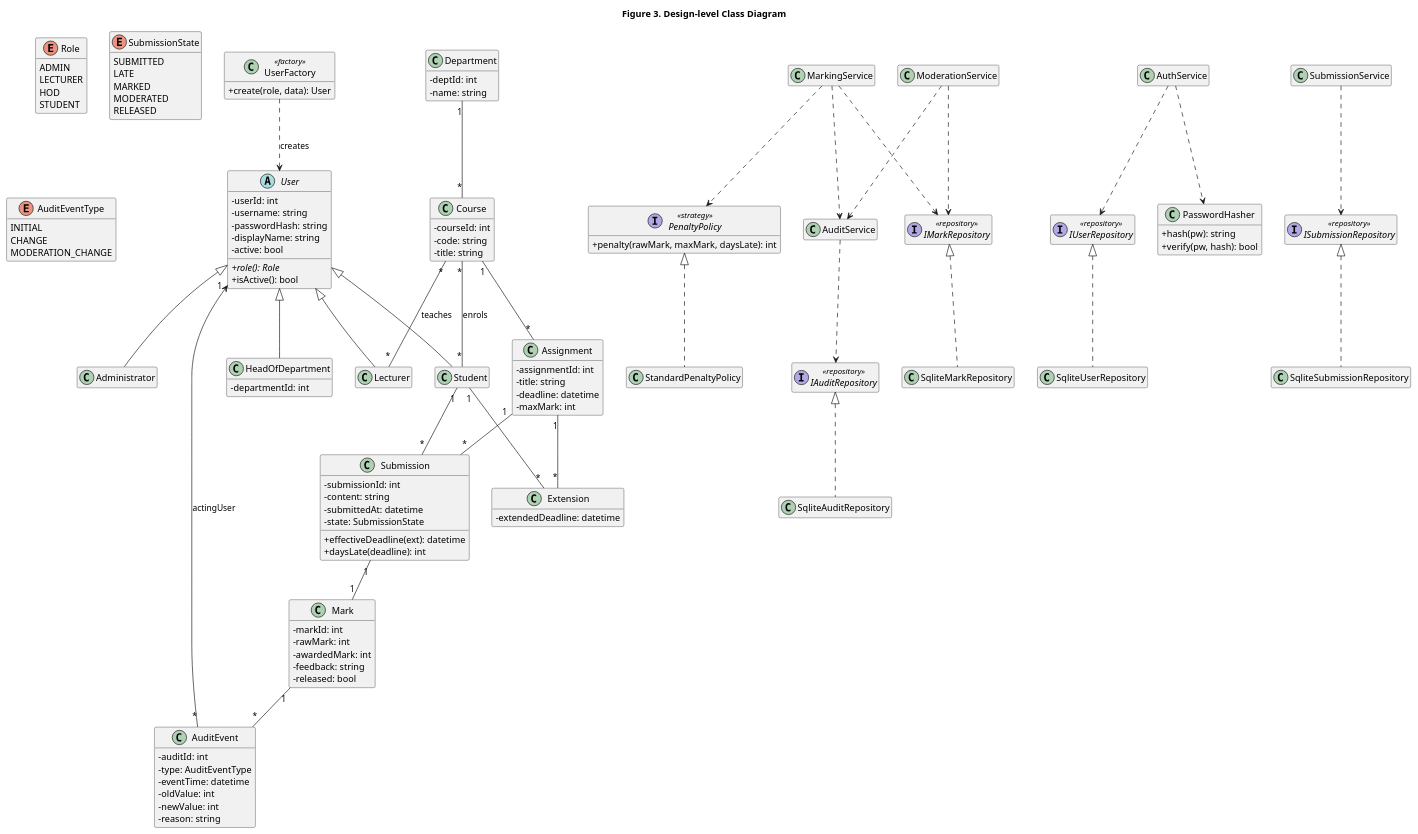
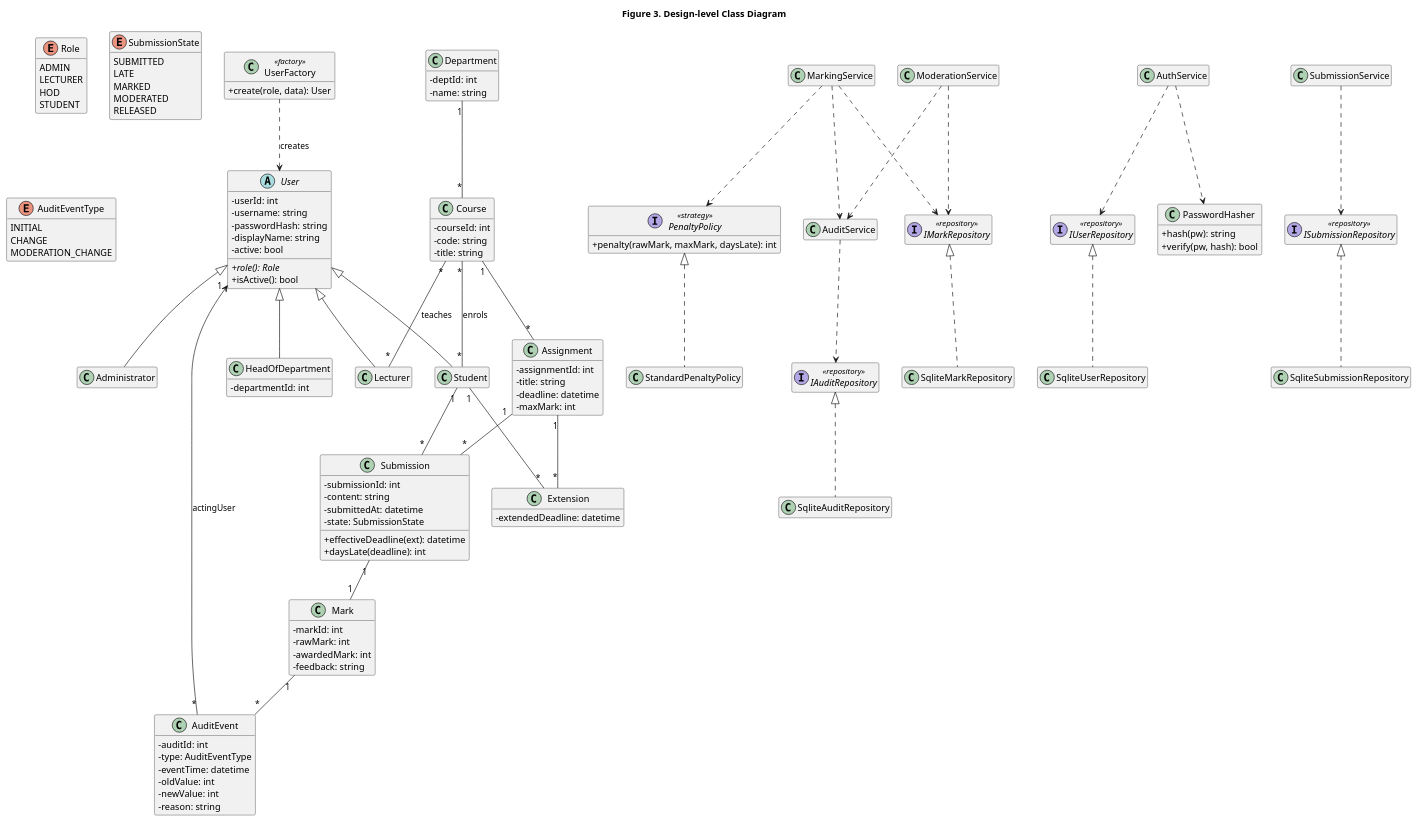
One commit to mwelipama/cs4433-moderated-lms changed the diagram in assets/diagrams/class_diagram.puml. Above: the diagram before and after it, drawn with PlantUML. The commit also changed 20 other files, not shown here.

Commit message:
Gate 2 corrections: single release state, first-late-only rule, DB audit-reason enforcement, partial release plus atomic transactions, SQLite schema validation

```diff
--- a/assets/diagrams/class_diagram.puml
+++ b/assets/diagrams/class_diagram.puml
@@ -1,143 +1,142 @@
 @startuml
 title Figure 3. Design-level Class Diagram
 skinparam classAttributeIconSize 0
 skinparam shadowing false
 hide empty members
 
 enum Role {
   ADMIN
   LECTURER
   HOD
   STUDENT
 }
 enum SubmissionState {
   SUBMITTED
   LATE
   MARKED
   MODERATED
   RELEASED
 }
 enum AuditEventType {
   INITIAL
   CHANGE
   MODERATION_CHANGE
 }
 
 abstract class User {
   -userId: int
   -username: string
   -passwordHash: string
   -displayName: string
   -active: bool
   +{abstract} role(): Role
   +isActive(): bool
 }
 class Administrator
 class Lecturer
 class HeadOfDepartment {
   -departmentId: int
 }
 class Student
 User <|-- Administrator
 User <|-- Lecturer
 User <|-- HeadOfDepartment
 User <|-- Student
 
 class Department {
   -deptId: int
   -name: string
 }
 class Course {
   -courseId: int
   -code: string
   -title: string
 }
 class Assignment {
   -assignmentId: int
   -title: string
   -deadline: datetime
   -maxMark: int
 }
 class Extension {
   -extendedDeadline: datetime
 }
 class Submission {
   -submissionId: int
   -content: string
   -submittedAt: datetime
   -state: SubmissionState
   +effectiveDeadline(ext): datetime
   +daysLate(deadline): int
 }
 class Mark {
   -markId: int
   -rawMark: int
   -awardedMark: int
   -feedback: string
-  -released: bool
 }
 class AuditEvent {
   -auditId: int
   -type: AuditEventType
   -eventTime: datetime
   -oldValue: int
   -newValue: int
   -reason: string
 }
 
 Department "1" -- "*" Course
 Course "1" -- "*" Assignment
 Course "*" -- "*" Lecturer : teaches
 Course "*" -- "*" Student : enrols
 Assignment "1" -- "*" Submission
 Student "1" -- "*" Submission
 Assignment "1" -- "*" Extension
 Student "1" -- "*" Extension
 Submission "1" -- "1" Mark
 Mark "1" -- "*" AuditEvent
 AuditEvent "*" --> "1" User : actingUser
 
 interface PenaltyPolicy <<strategy>> {
   +penalty(rawMark, maxMark, daysLate): int
 }
 class StandardPenaltyPolicy
 PenaltyPolicy <|.. StandardPenaltyPolicy
 
 interface IUserRepository <<repository>>
 interface ISubmissionRepository <<repository>>
 interface IMarkRepository <<repository>>
 interface IAuditRepository <<repository>>
 class SqliteUserRepository
 class SqliteSubmissionRepository
 class SqliteMarkRepository
 class SqliteAuditRepository
 IUserRepository <|.. SqliteUserRepository
 ISubmissionRepository <|.. SqliteSubmissionRepository
 IMarkRepository <|.. SqliteMarkRepository
 IAuditRepository <|.. SqliteAuditRepository
 
 class UserFactory <<factory>> {
   +create(role, data): User
 }
 UserFactory ..> User : creates
 
 class AuthService
 class SubmissionService
 class MarkingService
 class ModerationService
 class AuditService
 class PasswordHasher {
   +hash(pw): string
   +verify(pw, hash): bool
 }
 
 AuthService ..> IUserRepository
 AuthService ..> PasswordHasher
 SubmissionService ..> ISubmissionRepository
 MarkingService ..> IMarkRepository
 MarkingService ..> PenaltyPolicy
 MarkingService ..> AuditService
 ModerationService ..> IMarkRepository
 ModerationService ..> AuditService
 AuditService ..> IAuditRepository
 @enduml
```
